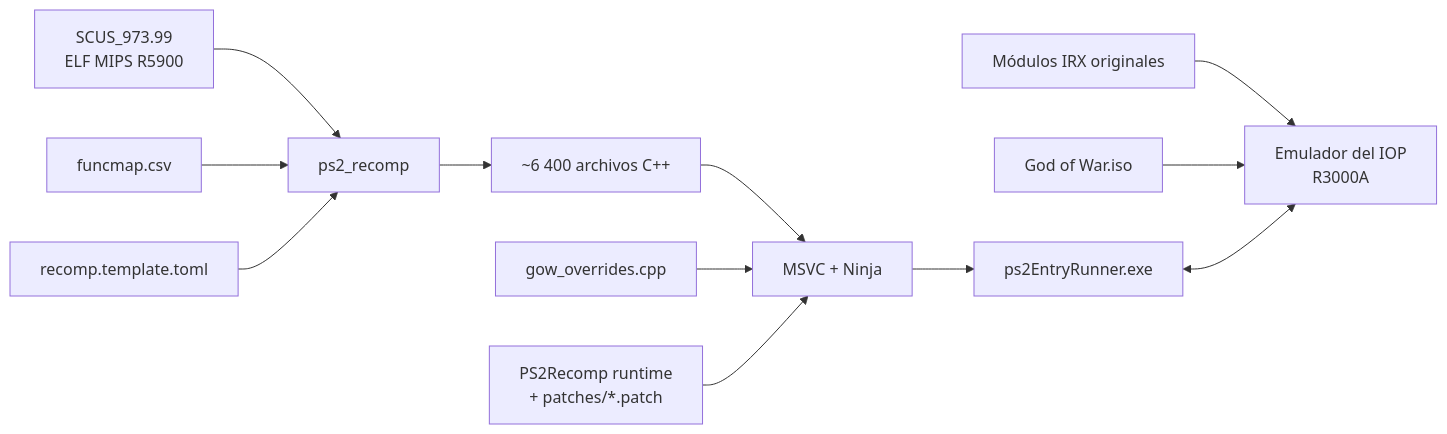
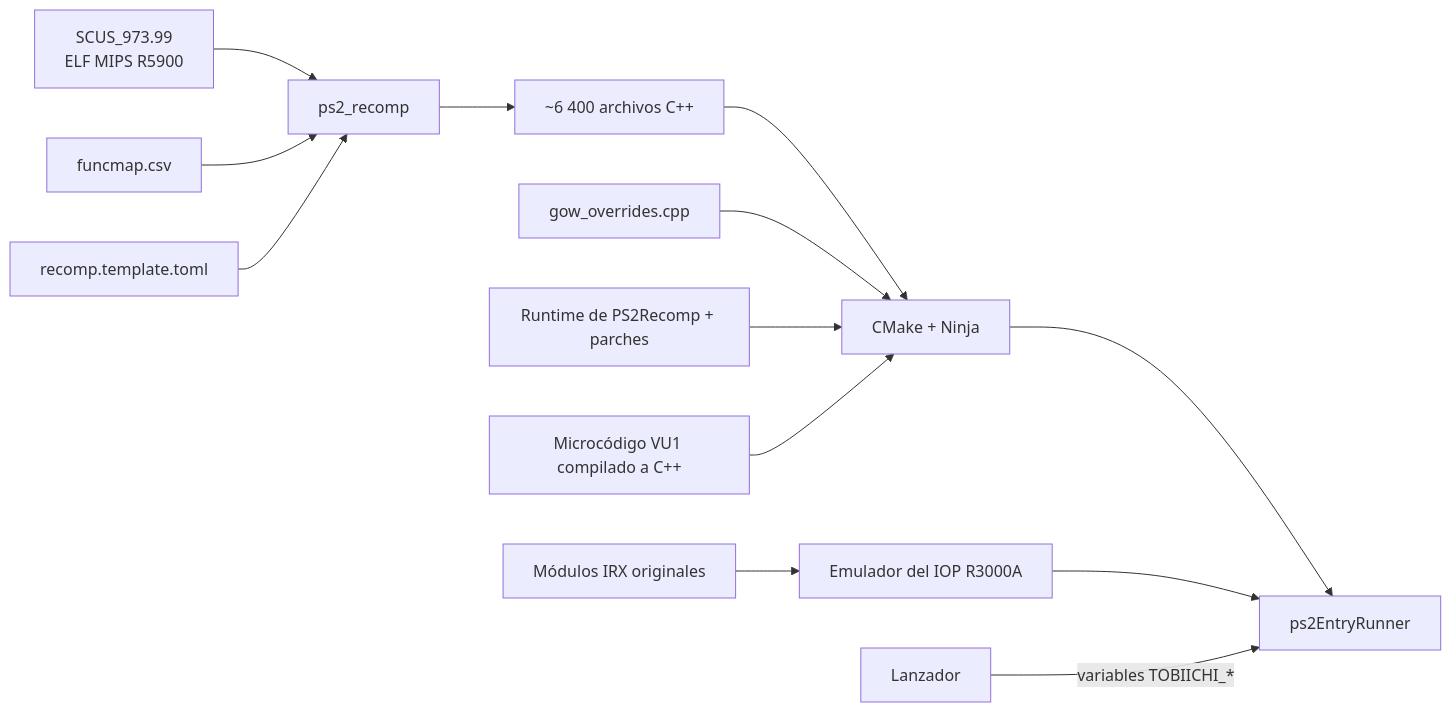
The diagram in README.es.md (YYOzcan/Tobiichi-Port), drawn with Mermaid before and after one commit. The commit also changed other lines of this file and 68 other files, not shown here.

````diff
--- a/README.es.md
+++ b/README.es.md
@@ -177,14 +148,15 @@
 ```mermaid
 flowchart LR
     A[SCUS_973.99<br/>ELF MIPS R5900] --> B[ps2_recomp]
     M[funcmap.csv] --> B
     C[recomp.template.toml] --> B
     B --> D[~6 400 archivos C++]
-    D --> E[MSVC + Ninja]
+    D --> E[CMake + Ninja]
     O[gow_overrides.cpp] --> E
-    P["PS2Recomp runtime<br/>+ patches/*.patch"] --> E
-    E --> F[ps2EntryRunner.exe]
-    I[Módulos IRX originales] --> G[Emulador del IOP<br/>R3000A]
-    ISO[God of War.iso] --> G
-    F <--> G
+    P[Runtime de PS2Recomp + parches] --> E
+    V[Microcódigo VU1 compilado a C++] --> E
+    E --> F[ps2EntryRunner]
+    I[Módulos IRX originales] --> G[Emulador del IOP R3000A]
+    G --> F
+    L[Lanzador] -->|variables TOBIICHI_*| F
 ```
````
